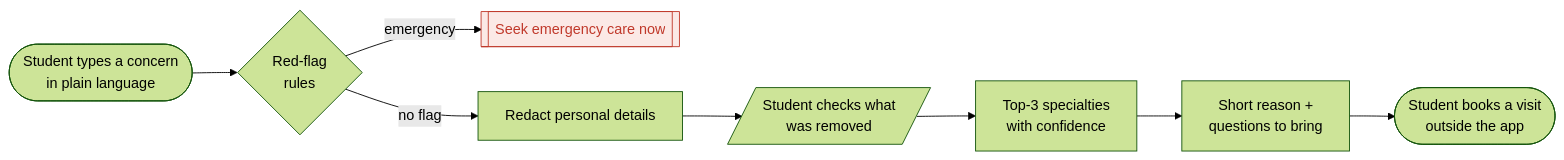
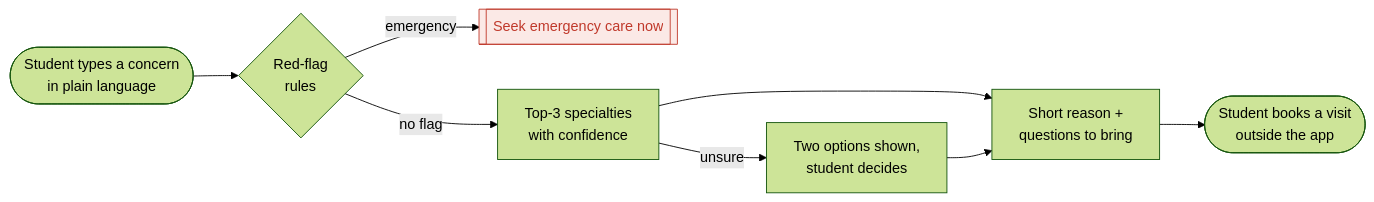
The diagram in README.md (akshara-ns/doc-compass), drawn with Mermaid (forest theme) before and after one commit. The commit also changed other lines of this file and 21 other files, not shown here.

````diff
--- a/README.md
+++ b/README.md
@@ -11,12 +11,12 @@
 ```mermaid
 flowchart LR
     A([Student types a concern<br/>in plain language]) --> B{Red-flag<br/>rules}
     B -- emergency --> E[["Seek emergency care now"]]
-    B -- no flag --> C[Redact personal details]
-    C --> D[/Student checks what<br/>was removed/]
-    D --> F[Top-3 specialties<br/>with confidence]
+    B -- no flag --> F[Top-3 specialties<br/>with confidence]
+    F -- unsure --> U[Two options shown,<br/>student decides]
     F --> G[Short reason +<br/>questions to bring]
+    U --> G
     G --> H([Student books a visit<br/>outside the app])
     classDef stop fill:#fbe9e6,stroke:#c0392b,color:#c0392b
     class E stop
 ```
````
